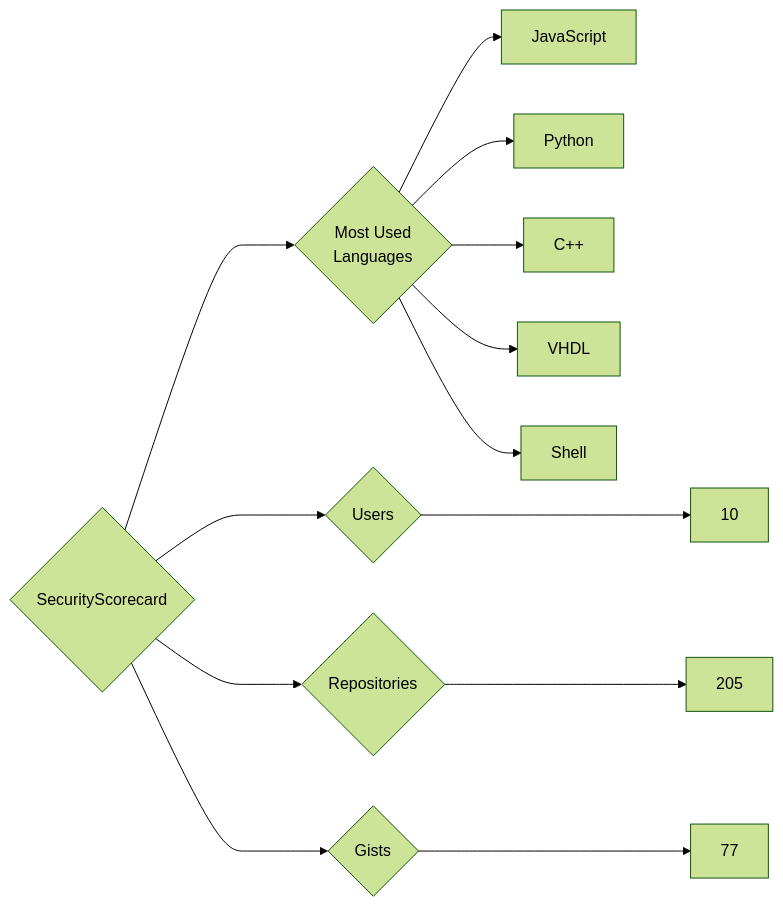
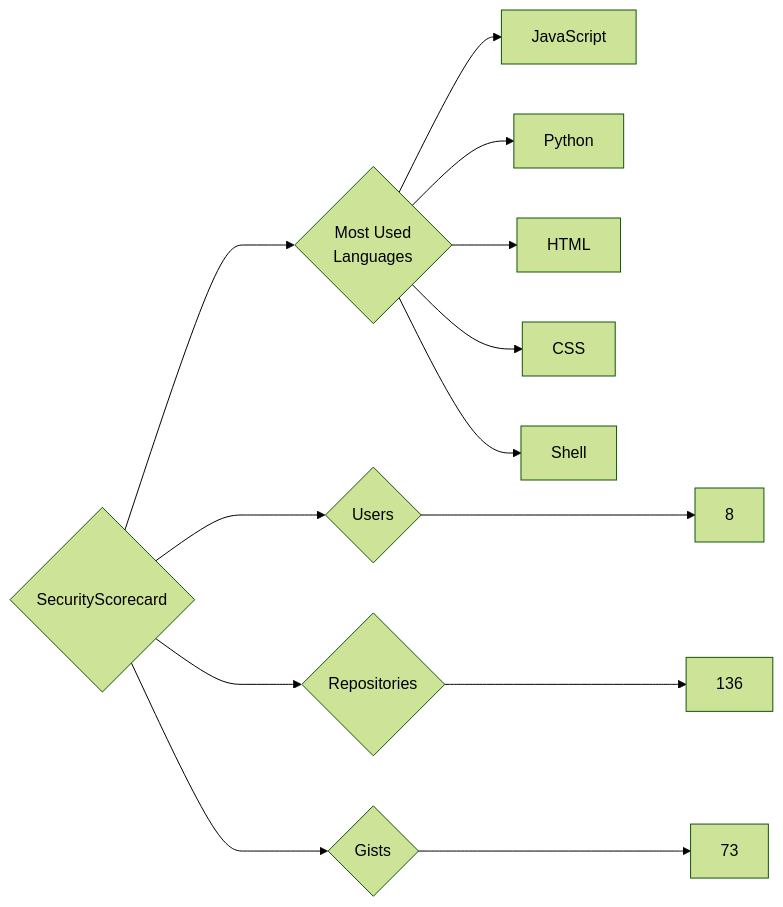
One commit to trickest/insiders changed the diagram in targets/SecurityScorecard/README.md. Above: the diagram before and after it, drawn with Mermaid (forest theme). The commit also changed 1479 other files, not shown here.

````diff
--- a/targets/SecurityScorecard/README.md
+++ b/targets/SecurityScorecard/README.md
@@ -3,13 +3,13 @@
 ```mermaid
 graph LR
 COMPANY_NAME{SecurityScorecard}
-COMPANY_NAME ---> U{Users} ---> UN[10]
-COMPANY_NAME ---> R{Repositories} ---> RN[205]
-COMPANY_NAME ---> G{Gists} ---> GN[77]
+COMPANY_NAME ---> U{Users} ---> UN[8]
+COMPANY_NAME ---> R{Repositories} ---> RN[136]
+COMPANY_NAME ---> G{Gists} ---> GN[73]
 COMPANY_NAME ---> ML{Most Used<br>Languages}
 ML --> JavaScript[JavaScript]
 ML --> Python[Python]
-ML --> C++[C++]
-ML --> VHDL[VHDL]
+ML --> HTML[HTML]
+ML --> CSS[CSS]
 ML --> Shell[Shell]
 ```
````
